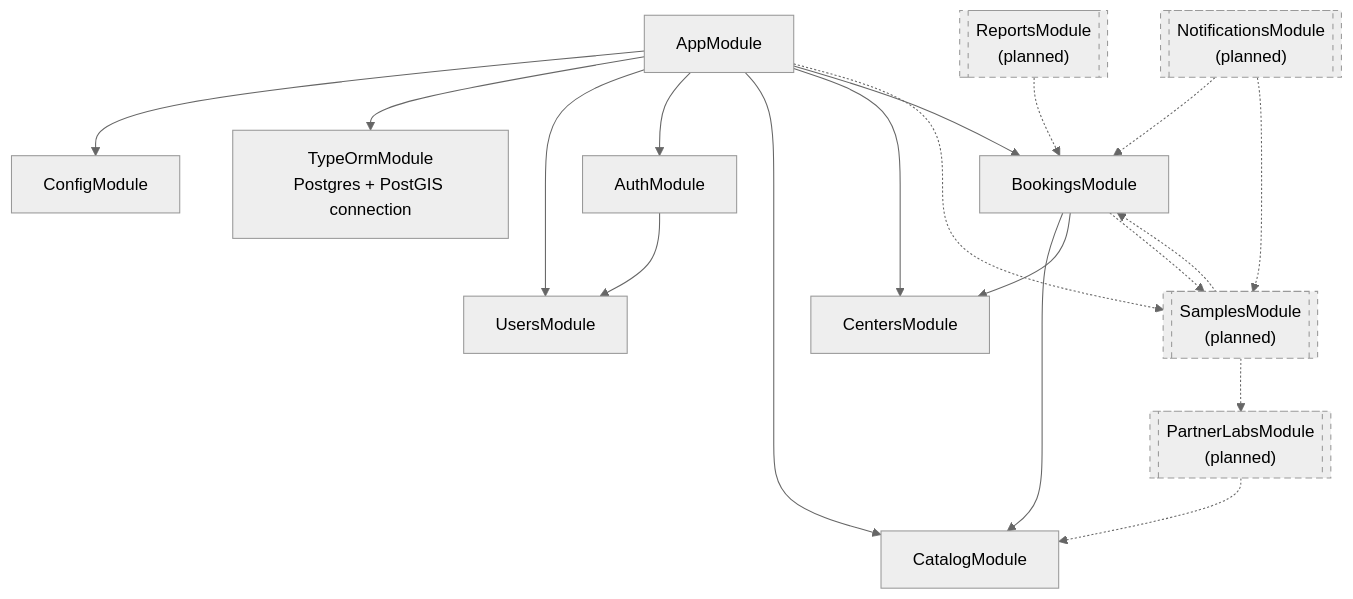
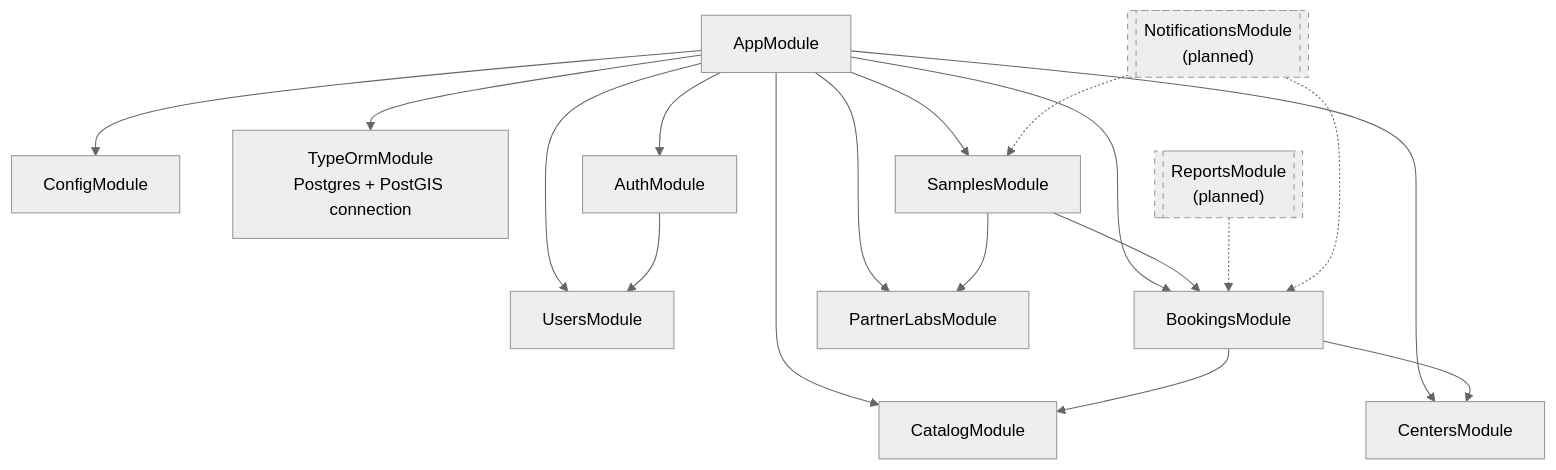
The diagram in flows/02-module-dependency-graph.md (revanthvelaga/2026-VRK-Arogya), drawn with Mermaid (neutral theme) before and after one commit. The commit also changed other lines of this file and 12 other files, not shown here.

First line of the commit message:
docs: add samples + partner-labs draw.io traces, fix module graph drift

````diff
--- a/flows/02-module-dependency-graph.md
+++ b/flows/02-module-dependency-graph.md
@@ -7,42 +7,41 @@
 ```mermaid
 graph TD
     App[AppModule]
 
     Config[ConfigModule]
     TypeOrm[TypeOrmModule<br/>Postgres + PostGIS connection]
 
     Users[UsersModule]
     Auth[AuthModule]
     Catalog[CatalogModule]
     Centers[CentersModule]
     Bookings[BookingsModule]
+    PartnerLabs[PartnerLabsModule]
+    Samples[SamplesModule]
 
-    Samples[["SamplesModule<br/>(planned)"]]
-    PartnerLabs[["PartnerLabsModule<br/>(planned)"]]
     Notifications[["NotificationsModule<br/>(planned)"]]
     Reports[["ReportsModule<br/>(planned)"]]
 
     App --> Config
     App --> TypeOrm
     App --> Users
     App --> Auth
     App --> Catalog
     App --> Centers
     App --> Bookings
-    App -.-> Samples
+    App --> PartnerLabs
+    App --> Samples
 
     Auth --> Users
     Bookings --> Catalog
     Bookings --> Centers
-    Bookings -.-> Samples
+    Samples --> Bookings
+    Samples --> PartnerLabs
 
-    Samples -.-> Bookings
-    Samples -.-> PartnerLabs
-    PartnerLabs -.-> Catalog
     Reports -.-> Bookings
     Notifications -.-> Bookings
     Notifications -.-> Samples
 
     classDef planned stroke-dasharray: 5 5;
-    class Samples,PartnerLabs,Notifications,Reports planned;
+    class Notifications,Reports planned;
 ```
````
